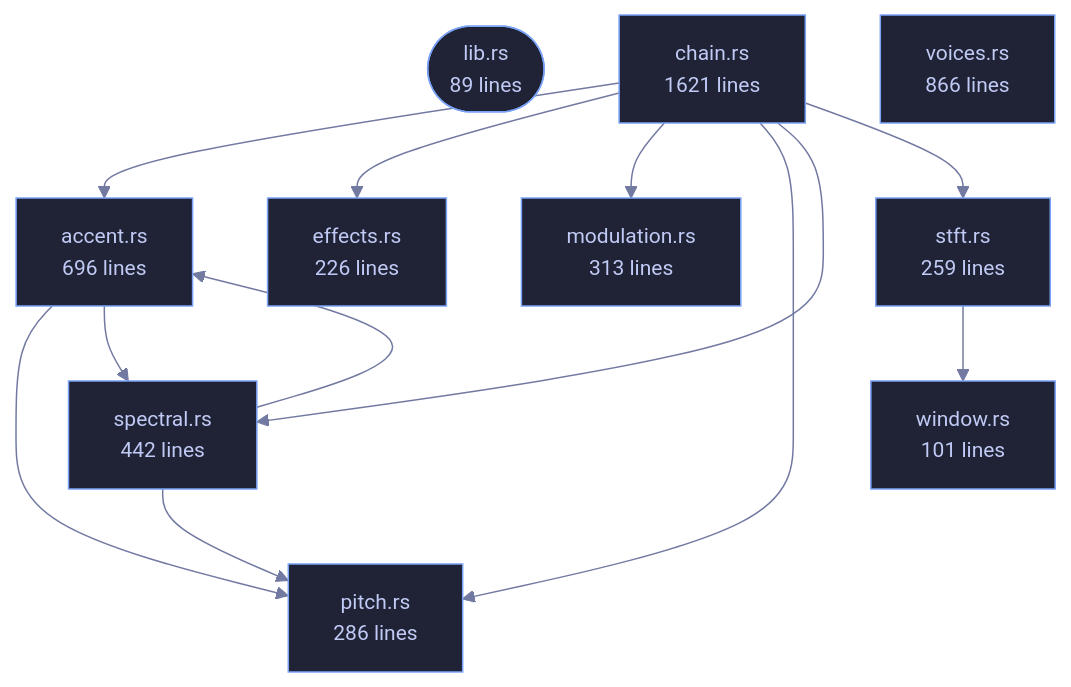
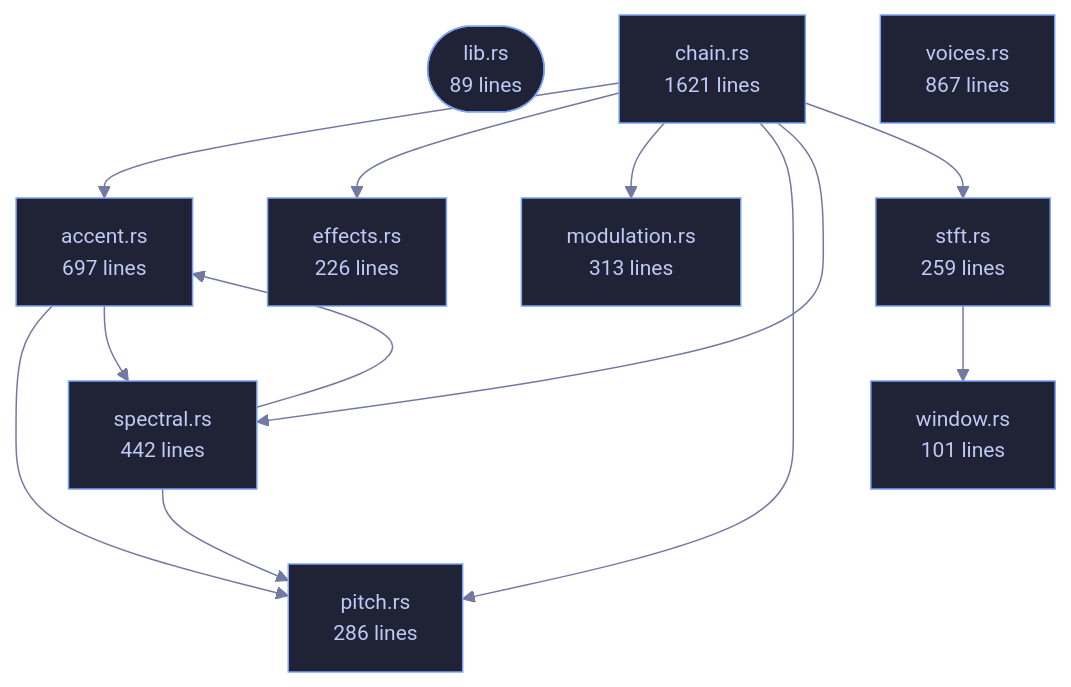
Before and after one commit to tilas01/veilvoice: the diagram in wiki/Crate-veilvoice-core.md, drawn with Mermaid. The commit also changed other lines of this file and 108 other files, not shown here.

````diff
--- a/wiki/Crate-veilvoice-core.md
+++ b/wiki/Crate-veilvoice-core.md
@@ -92,35 +92,35 @@
 ```mermaid
 %%{init: {"theme":"base","themeVariables":{"background":"#1a1b26","primaryColor":"#1f2335","primaryTextColor":"#c0caf5","primaryBorderColor":"#7aa2f7","secondaryColor":"#16161e","tertiaryColor":"#16161e","lineColor":"#737aa2","textColor":"#c0caf5","mainBkg":"#1f2335","nodeBorder":"#7aa2f7","clusterBkg":"#16161e","clusterBorder":"#2f3549","fontFamily":"ui-monospace, SFMono-Regular, Consolas, monospace","fontSize":"14px"}}}%%
 flowchart TD
     n_lib(["lib.rs<br/>89 lines"])
-    n_accent["accent.rs<br/>696 lines"]
+    n_accent["accent.rs<br/>697 lines"]
     n_chain["chain.rs<br/>1621 lines"]
     n_effects["effects.rs<br/>226 lines"]
     n_modulation["modulation.rs<br/>313 lines"]
     n_pitch["pitch.rs<br/>286 lines"]
     n_spectral["spectral.rs<br/>442 lines"]
     n_stft["stft.rs<br/>259 lines"]
-    n_voices["voices.rs<br/>866 lines"]
+    n_voices["voices.rs<br/>867 lines"]
     n_window["window.rs<br/>101 lines"]
     n_accent --> n_pitch
     n_accent --> n_spectral
     n_chain --> n_accent
     n_chain --> n_effects
     n_chain --> n_modulation
     n_chain --> n_pitch
     n_chain --> n_spectral
     n_chain --> n_stft
     n_spectral --> n_accent
     n_spectral --> n_pitch
     n_stft --> n_window
     click n_lib href "https://github.com/tilas01/veilvoice/blob/main/crates/veilvoice-core/src/lib.rs" "open the source"
     click n_accent href "https://github.com/tilas01/veilvoice/blob/main/crates/veilvoice-core/src/accent.rs" "open the source"
     click n_chain href "https://github.com/tilas01/veilvoice/blob/main/crates/veilvoice-core/src/chain.rs" "open the source"
     click n_effects href "https://github.com/tilas01/veilvoice/blob/main/crates/veilvoice-core/src/effects.rs" "open the source"
     click n_modulation href "https://github.com/tilas01/veilvoice/blob/main/crates/veilvoice-core/src/modulation.rs" "open the source"
     click n_pitch href "https://github.com/tilas01/veilvoice/blob/main/crates/veilvoice-core/src/pitch.rs" "open the source"
     click n_spectral href "https://github.com/tilas01/veilvoice/blob/main/crates/veilvoice-core/src/spectral.rs" "open the source"
     click n_stft href "https://github.com/tilas01/veilvoice/blob/main/crates/veilvoice-core/src/stft.rs" "open the source"
     click n_voices href "https://github.com/tilas01/veilvoice/blob/main/crates/veilvoice-core/src/voices.rs" "open the source"
     click n_window href "https://github.com/tilas01/veilvoice/blob/main/crates/veilvoice-core/src/window.rs" "open the source"
 ```
````
